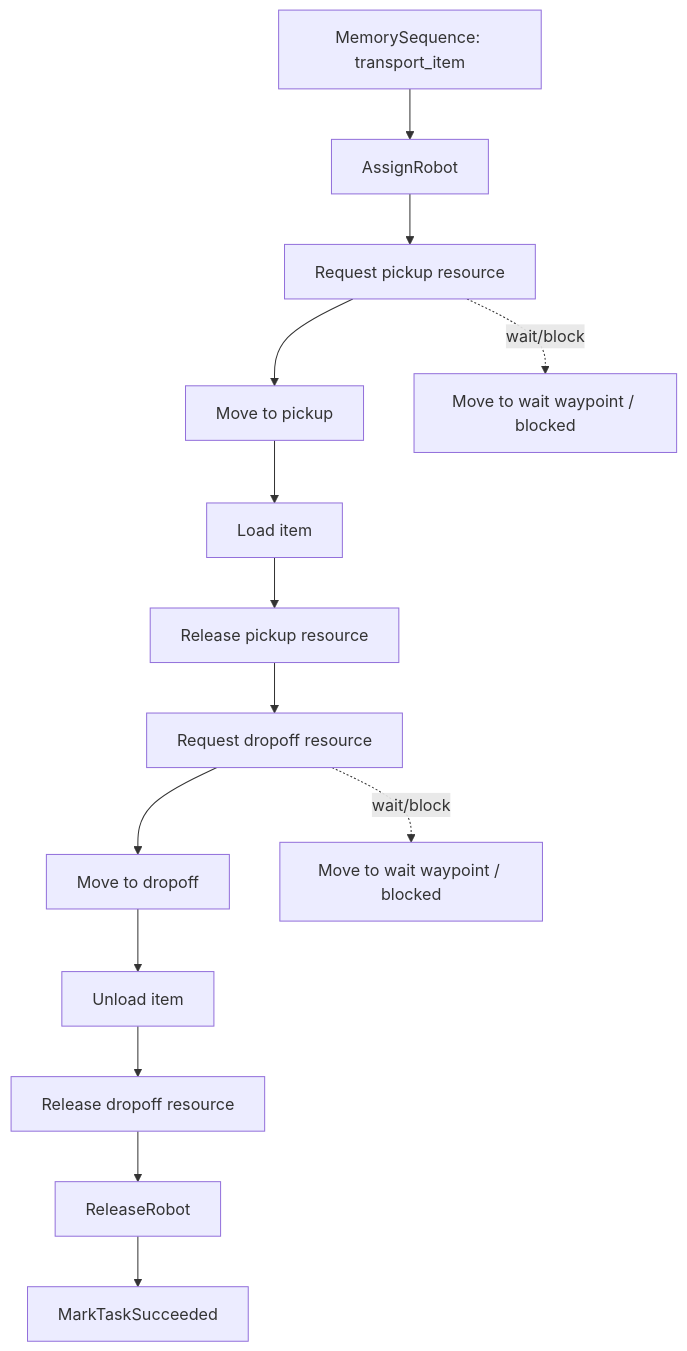
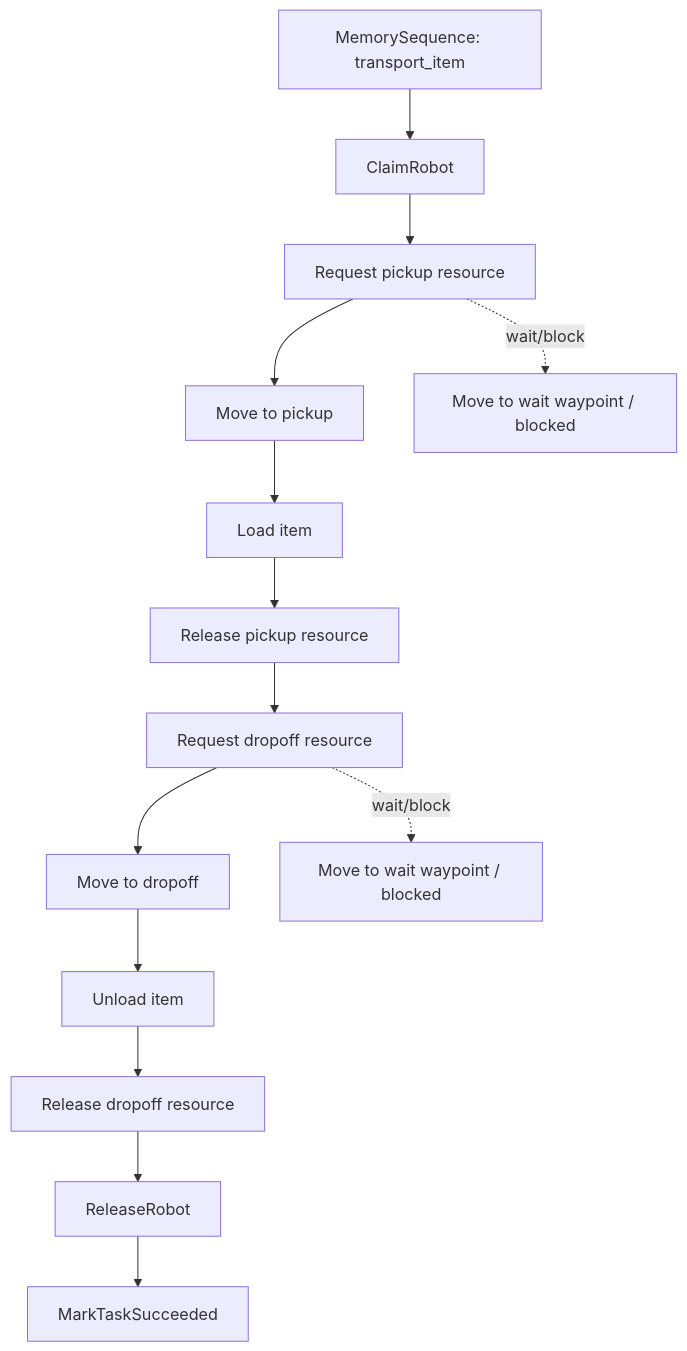
One commit to minhphan6624/MACMOI changed the diagram in docs/mission-bt-tree-diagram.md. Above: the diagram before and after it, drawn with Mermaid. The commit also changed other lines of this file and 2 other files, not shown here.

Commit message:
minor docuemntation naming changes

````diff
--- a/docs/mission-bt-tree-diagram.md
+++ b/docs/mission-bt-tree-diagram.md
@@ -3,21 +3,21 @@
 ```mermaid
 flowchart TD
     A[MemorySequence: transport_item]
 
-    A --> B[AssignRobot]
+    A --> B[ClaimRobot]
     B --> C[Request pickup resource]
     C --> D[Move to pickup]
     D --> E[Load item]
     E --> F[Release pickup resource]
 
     F --> G[Request dropoff resource]
     G --> H[Move to dropoff]
     H --> I[Unload item]
     I --> J[Release dropoff resource]
 
     J --> K[ReleaseRobot]
     K --> L[MarkTaskSucceeded]
 
     C -. wait/block .-> C1[Move to wait waypoint / blocked]
     G -. wait/block .-> G1[Move to wait waypoint / blocked]
 ```
````
